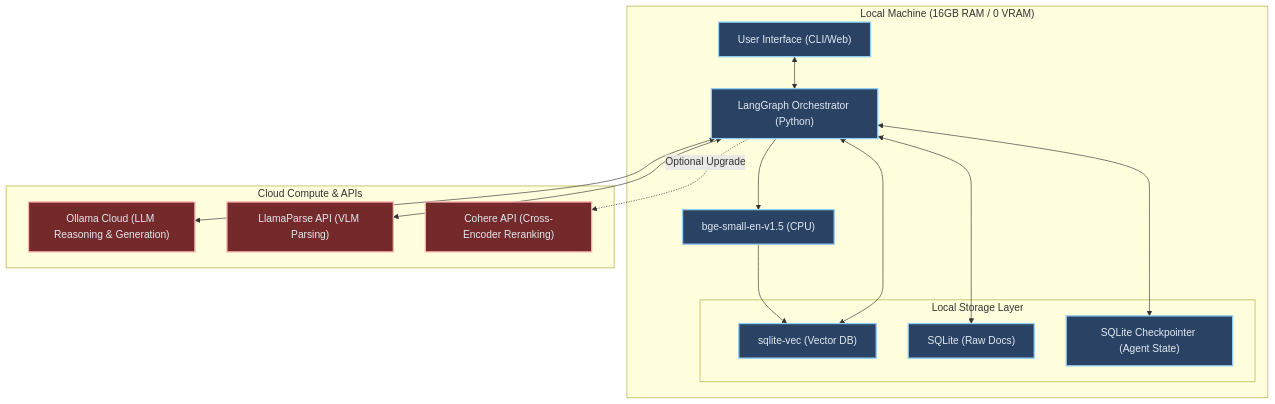
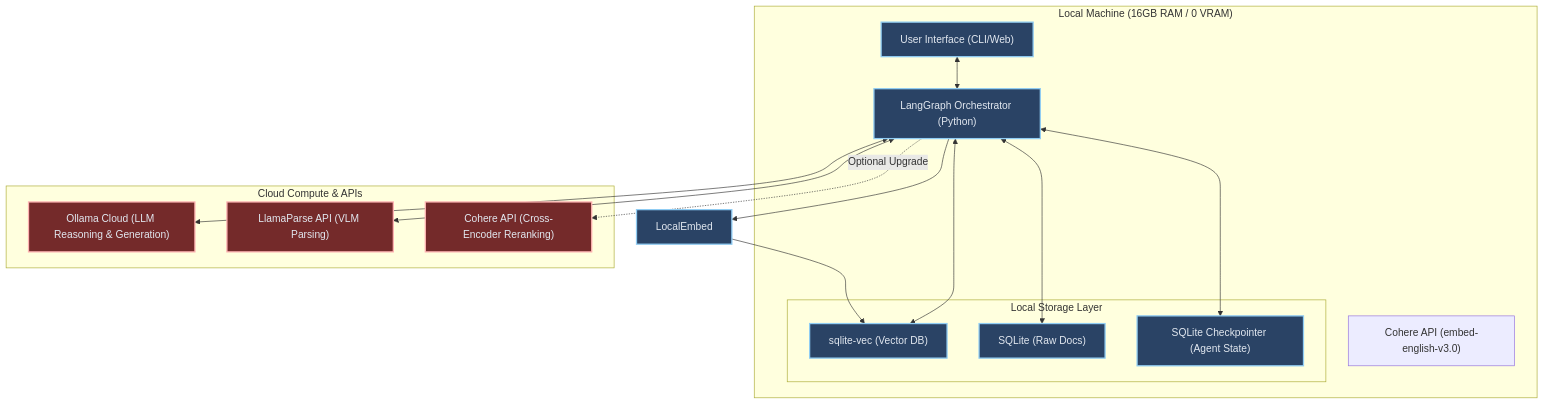
The first of 7 diagrams in rag_final_architecture_2026.md (dpsdagain/RAG), drawn with Mermaid before and after one commit. The commit also changed other lines of this file and 5 other files, not shown here.

Commit message:
docs: pivot architecture to Cloud API embedder, Tavily CRAG fallback, and Linear Pipeline

````diff
--- a/rag_final_architecture_2026.md
+++ b/rag_final_architecture_2026.md
@@ -12,37 +12,37 @@
 ```mermaid
 graph TD
     subgraph "Local Machine (16GB RAM / 0 VRAM)"
         UI["User Interface (CLI/Web)"]
         Orchestrator["LangGraph Orchestrator (Python)"]
-        LocalEmbed["bge-small-en-v1.5 (CPU)"]
+        APIEmbed["Cohere API (embed-english-v3.0)"]
         
         subgraph "Local Storage Layer"
             VecDB["sqlite-vec (Vector DB)"]
             DocStore["SQLite (Raw Docs)"]
             StateDB["SQLite Checkpointer (Agent State)"]
         end
     end
 
     subgraph "Cloud Compute & APIs"
         Ollama["Ollama Cloud (LLM Reasoning & Generation)"]
         LlamaParse["LlamaParse API (VLM Parsing)"]
         Cohere["Cohere API (Cross-Encoder Reranking)"]
     end
 
     UI <--> Orchestrator
     Orchestrator --> LocalEmbed
     LocalEmbed --> VecDB
     Orchestrator <--> VecDB
     Orchestrator <--> DocStore
     Orchestrator <--> StateDB
 
     Orchestrator <--> Ollama
     Orchestrator <--> LlamaParse
     Orchestrator -.->|Optional Upgrade| Cohere
     
     classDef local fill:#2a4365,stroke:#90cdf4,stroke-width:2px,color:#e2e8f0
     classDef cloud fill:#742a2a,stroke:#feb2b2,stroke-width:2px,color:#e2e8f0
     
     class UI,Orchestrator,LocalEmbed,VecDB,DocStore,StateDB local
     class Ollama,LlamaParse,Cohere cloud
 ```
````
